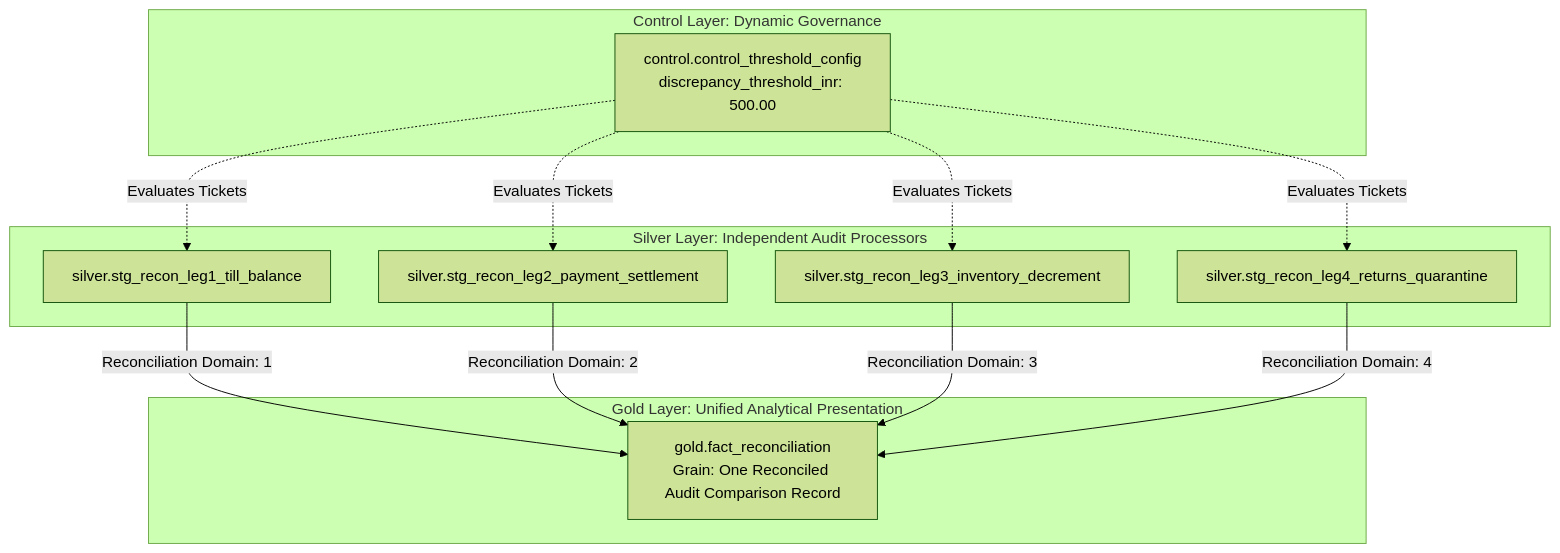
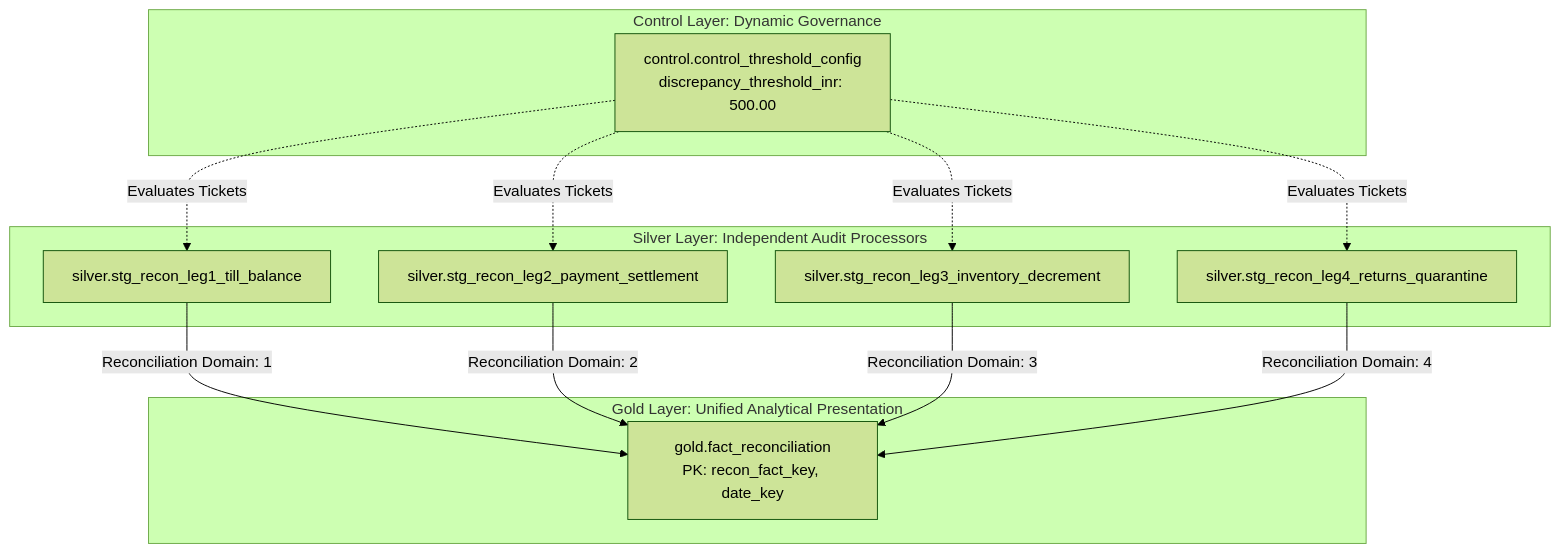
The diagram in docs/05_data_engineering/physical_design/reconciliation_data_model.md (Adib6399/Northstar_Retail_Analytics), drawn with Mermaid (forest theme) before and after one commit. The commit also changed other lines of this file and 10 other files, not shown here.

Commit message:
docs(stage-5.2a): resolve architecture review findings across physical database design specifications

````diff
--- a/docs/05_data_engineering/physical_design/reconciliation_data_model.md
+++ b/docs/05_data_engineering/physical_design/reconciliation_data_model.md
@@ -41,26 +42,26 @@
 ```mermaid
 graph TD
     subgraph "Silver Layer: Independent Audit Processors"
         L1[silver.stg_recon_leg1_till_balance]
         L2[silver.stg_recon_leg2_payment_settlement]
         L3[silver.stg_recon_leg3_inventory_decrement]
         L4[silver.stg_recon_leg4_returns_quarantine]
     end
 
     subgraph "Control Layer: Dynamic Governance"
         CFG[control.control_threshold_config<br/>discrepancy_threshold_inr: 500.00]
     end
 
     subgraph "Gold Layer: Unified Analytical Presentation"
-        FACT[gold.fact_reconciliation<br/>Grain: One Reconciled Audit Comparison Record]
+        FACT[gold.fact_reconciliation<br/>PK: recon_fact_key, date_key]
     end
 
     L1 -->|Reconciliation Domain: 1| FACT
     L2 -->|Reconciliation Domain: 2| FACT
     L3 -->|Reconciliation Domain: 3| FACT
     L4 -->|Reconciliation Domain: 4| FACT
     CFG -.->|Evaluates Tickets| L1
     CFG -.->|Evaluates Tickets| L2
     CFG -.->|Evaluates Tickets| L3
     CFG -.->|Evaluates Tickets| L4
 ```
````
